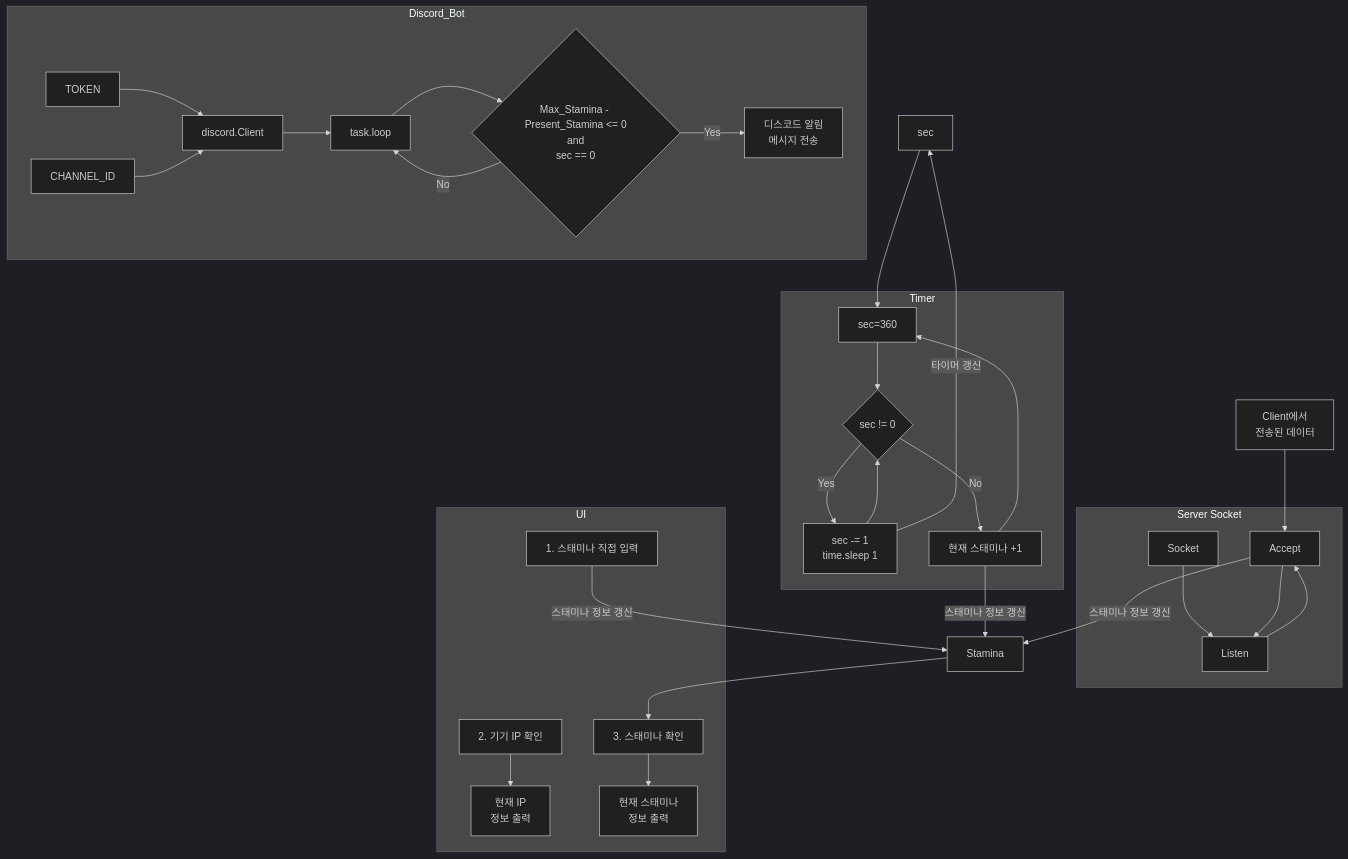
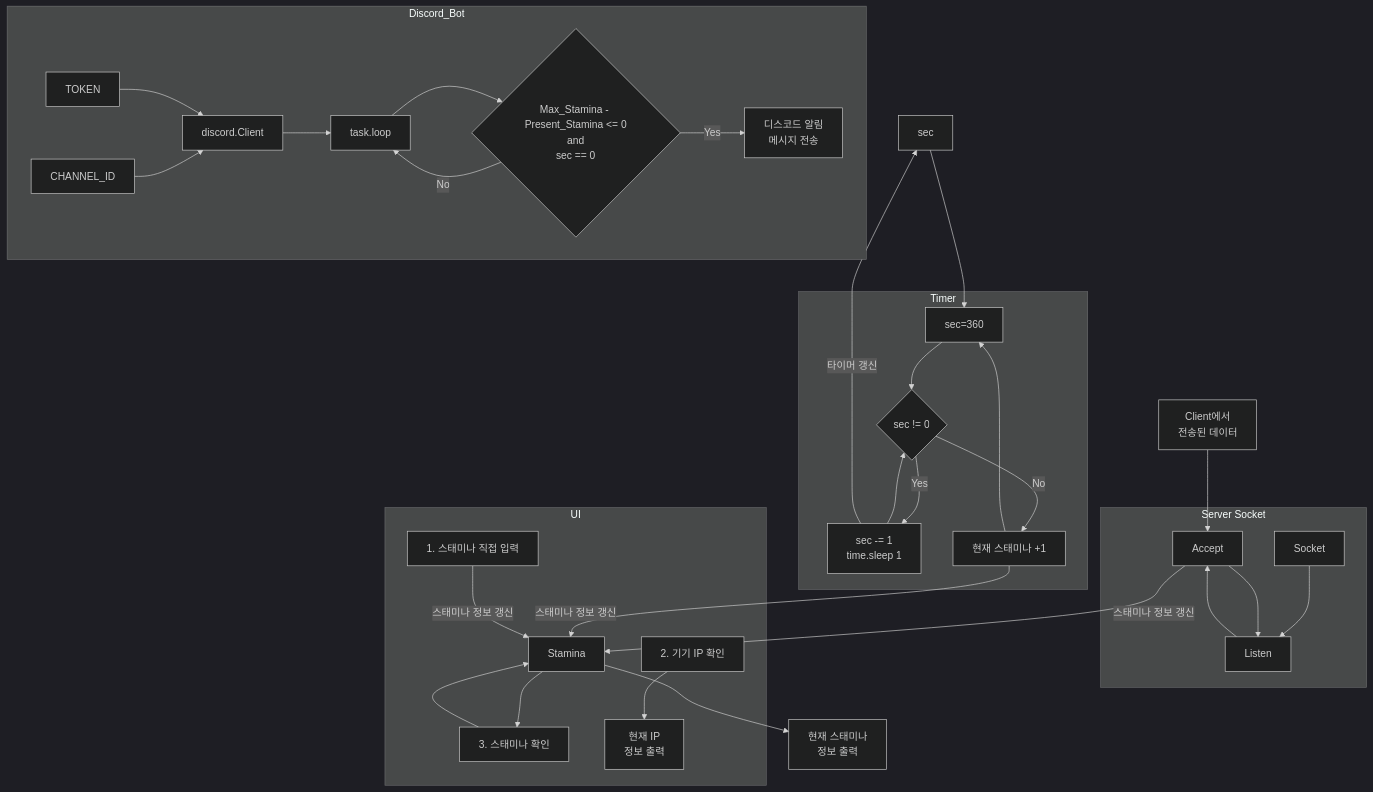
The third of 3 diagrams in README.md (201710808/Game-Stamina-Alarm), drawn with Mermaid (dark theme) before and after one commit.

````diff
--- a/README.md
+++ b/README.md
@@ -55,41 +55,43 @@
 ```mermaid
 graph TB;
     data[Client에서\n전송된 데이터]-->Accept;
 
     subgraph Server Socket;
     Socket-->Listen;
     Listen-->Accept;
     end;
     Accept-->|스태미나 정보 갱신|Stamina;
     Accept-->Listen;
 
     sec-->sec360;
     subgraph Timer;
     sec360[sec=360]-->condition{sec != 0};
     condition-->|"Yes"|process_time[sec -= 1\ntime.sleep 1];
     process_time-->condition;
     condition-->|"No"|sync_stamina[현재 스태미나 +1];
     sync_stamina-->sec360;
     end;
 
     process_time-->|"타이머 갱신"|sec;
     sync_stamina-->|스태미나 정보 갱신|Stamina;
 
     subgraph Discord_Bot;
     TOKEN-->Client[discord.Client];
     CHANNEL_ID-->Client;
     Client-->task.loop;
     task.loop-->discord_condition{Max_Stamina - Present_Stamina <= 0\nand\nsec == 0};
     discord_condition-->|"Yes"|discord_message[디스코드 알림\n메시지 전송]
     discord_condition-->|"No"|task.loop;
     end;
 
     Stamina-->check_stamina;
+    Stamina-->output_stamina[현재 스태미나\n정보 출력];
     
     subgraph UI;
     input_stamina[1. 스태미나 직접 입력];
     check_ip[2. 기기 IP 확인]-->output_ip[현재 IP\n정보 출력];
-    check_stamina[3. 스태미나 확인]-->output_stamina[현재 스태미나\n정보 출력];
+    check_stamina[3. 스태미나 확인]-->Stamina;
+    
     end;
     input_stamina-->|스태미나 정보 갱신|Stamina;
 ```
````
